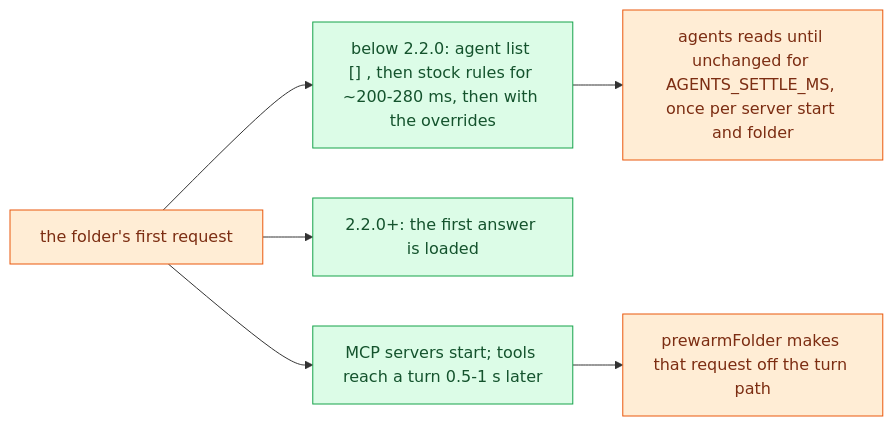
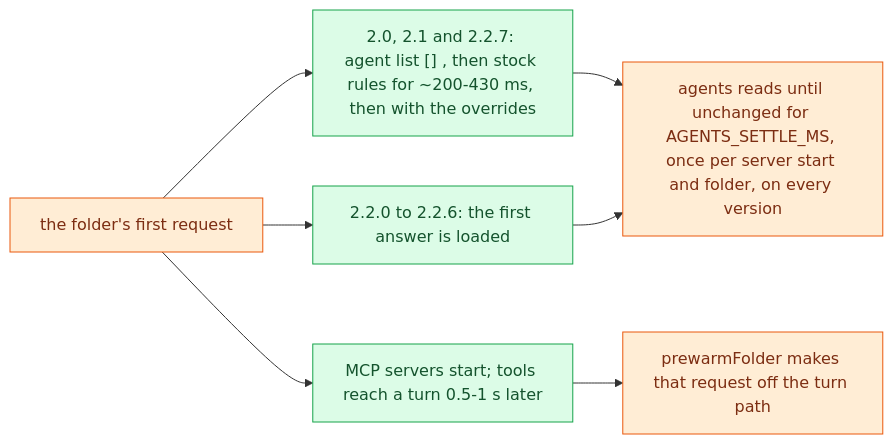
One commit to Artsrun/oc-copilot changed the second of 3 diagrams in docs/flow/08-opencode2-and-harness.md. Above: the diagram before and after it, drawn with Mermaid. The commit also changed other lines of this file and 24 other files, not shown here.

First line of the commit message:
0.0.239: OpenCode 2.2.7's first plan turn is sent again; a start waits for the stopped server

````diff
--- a/docs/flow/08-opencode2-and-harness.md
+++ b/docs/flow/08-opencode2-and-harness.md
@@ -59,12 +60,13 @@
 ```mermaid
 flowchart LR
   classDef bridge fill:#ffedd5,stroke:#ea580c,color:#7c2d12
   classDef oc fill:#dcfce7,stroke:#16a34a,color:#14532d
   classDef stop fill:#fee2e2,stroke:#dc2626,color:#7f1d1d
 
-  R["the folder's first request"]:::bridge --> L1["below 2.2.0: agent list [] , then stock rules for ~200-280 ms, then with the overrides"]:::oc
-  R --> L2["2.2.0+: the first answer is loaded"]:::oc
+  R["the folder's first request"]:::bridge --> L1["2.0, 2.1 and 2.2.7: agent list [] , then stock rules for ~200-430 ms, then with the overrides"]:::oc
+  R --> L2["2.2.0 to 2.2.6: the first answer is loaded"]:::oc
   R --> M["MCP servers start; tools reach a turn 0.5-1 s later"]:::oc
-  L1 --> S["agents reads until unchanged for AGENTS_SETTLE_MS, once per server start and folder"]:::bridge
+  L1 --> S["agents reads until unchanged for AGENTS_SETTLE_MS, once per server start and folder, on every version"]:::bridge
+  L2 --> S
   M --> P["prewarmFolder makes that request off the turn path"]:::bridge
 ```
````
